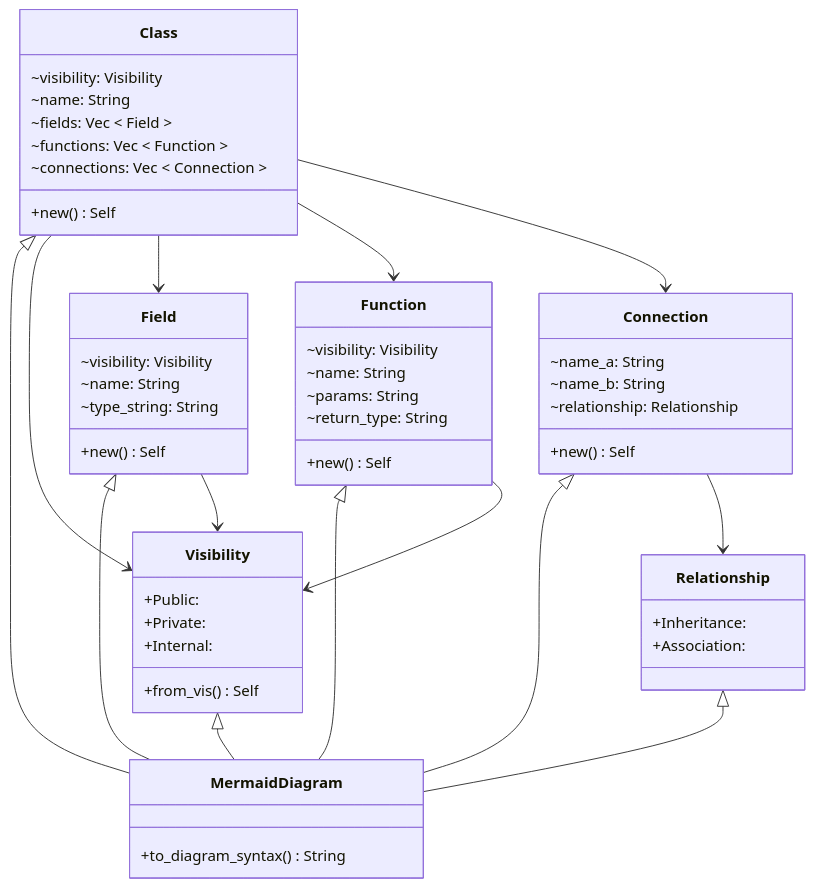
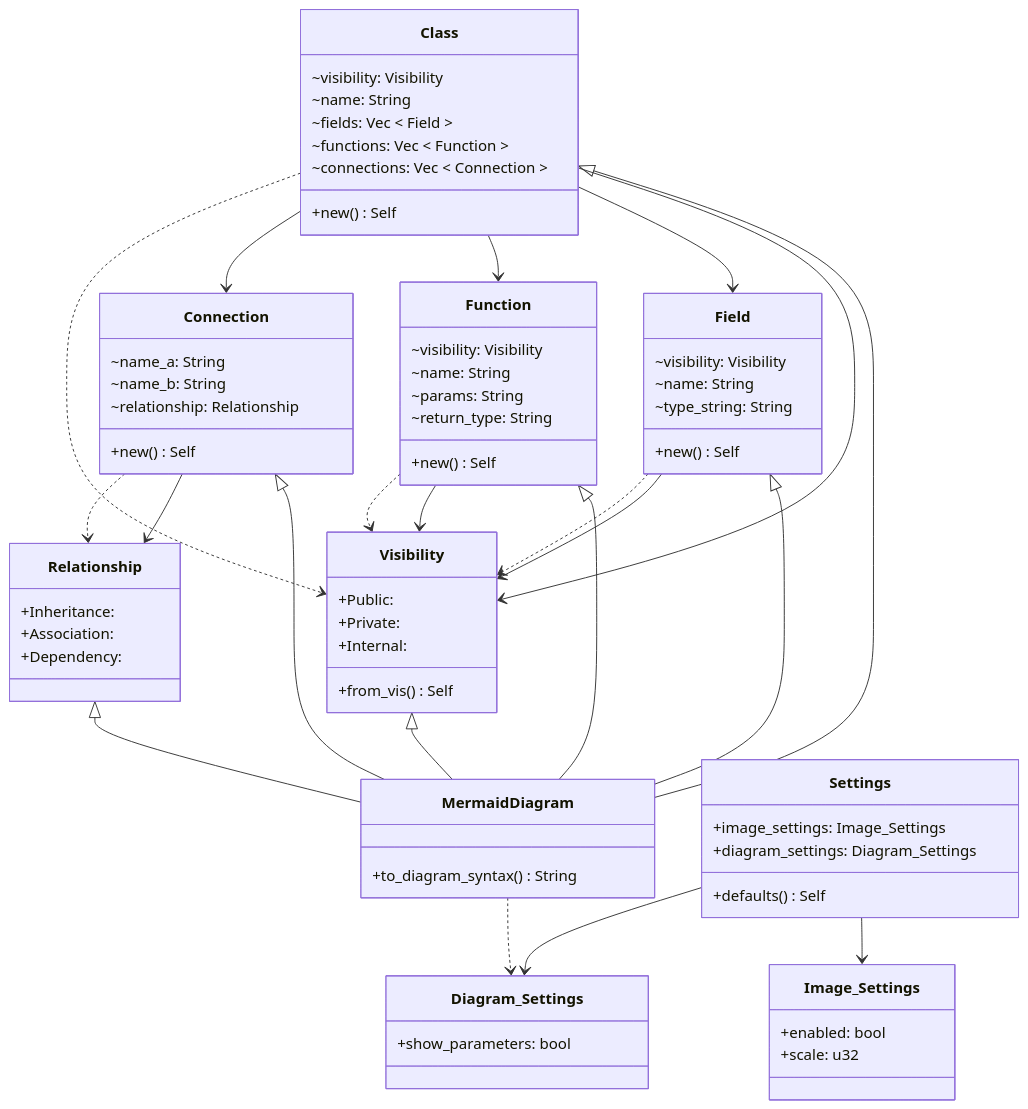
Before and after one commit to gusjengis/mermaid-class-diagrams: the diagram in diagram.mmd, drawn with Mermaid. The commit also changed 6 other files, not shown here.

```diff
--- a/diagram.mmd
+++ b/diagram.mmd
@@ -1,55 +1,75 @@
 classDiagram
 
 class MermaidDiagram {
 +to_diagram_syntax() String
 }
 Class <|-- MermaidDiagram
 Function <|-- MermaidDiagram
 Field <|-- MermaidDiagram
 Visibility <|-- MermaidDiagram
 Connection <|-- MermaidDiagram
 Relationship <|-- MermaidDiagram
 class Class {
 ~visibility: Visibility
 ~name: String
 ~fields: Vec < Field >
 ~functions: Vec < Function >
 ~connections: Vec < Connection >
 +new() Self
 }
 Class --> Visibility
 Class --> Field
 Class --> Function
 Class --> Connection
+Class ..> Visibility
 class Field {
 ~visibility: Visibility
 ~name: String
 ~type_string: String
 +new() Self
 }
 Field --> Visibility
+Field ..> Visibility
 class Function {
 ~visibility: Visibility
 ~name: String
 ~params: String
 ~return_type: String
 +new() Self
 }
 Function --> Visibility
+Function ..> Visibility
 class Connection {
 ~name_a: String
 ~name_b: String
 ~relationship: Relationship
 +new() Self
 }
 Connection --> Relationship
+Connection ..> Relationship
 class Relationship {
 +Inheritance: 
 +Association: 
++Dependency: 
 }
 class Visibility {
 +Public: 
 +Private: 
 +Internal: 
 +from_vis() Self
 }
+class Settings {
++image_settings: Image_Settings
++diagram_settings: Diagram_Settings
++defaults() Self
+}
+Settings --> Image_Settings
+Settings --> Diagram_Settings
+class Image_Settings {
++enabled: bool
++scale: u32
+}
+class Diagram_Settings {
++show_parameters: bool
+}
+MermaidDiagram ..> Diagram_Settings
```
